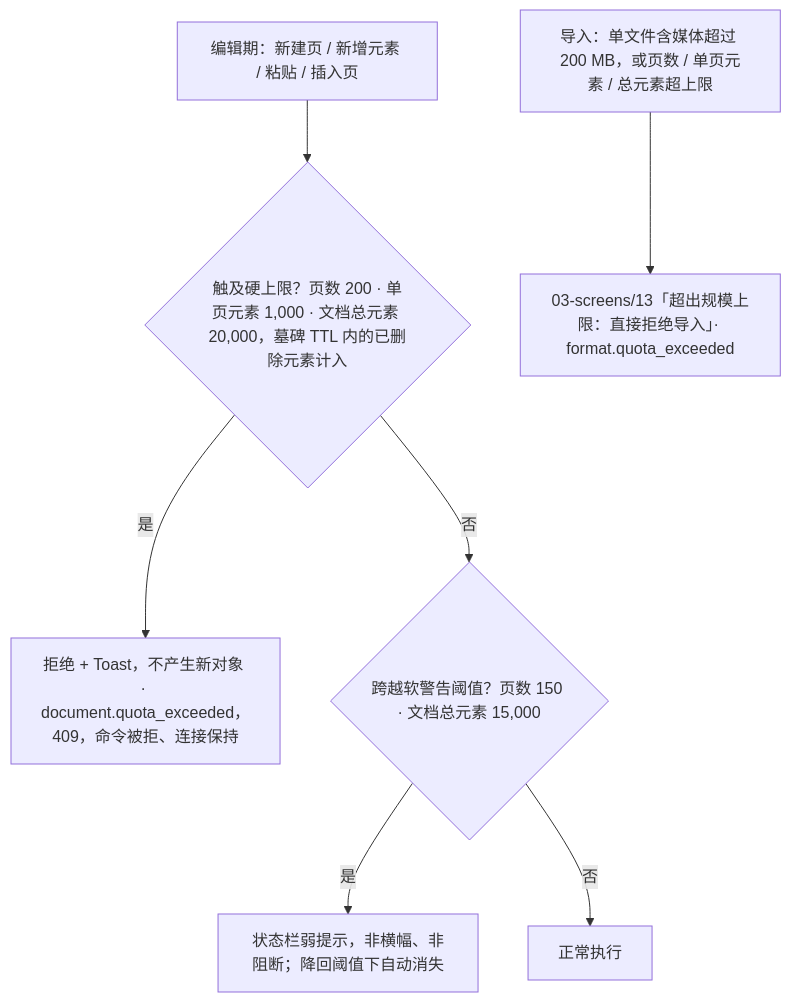
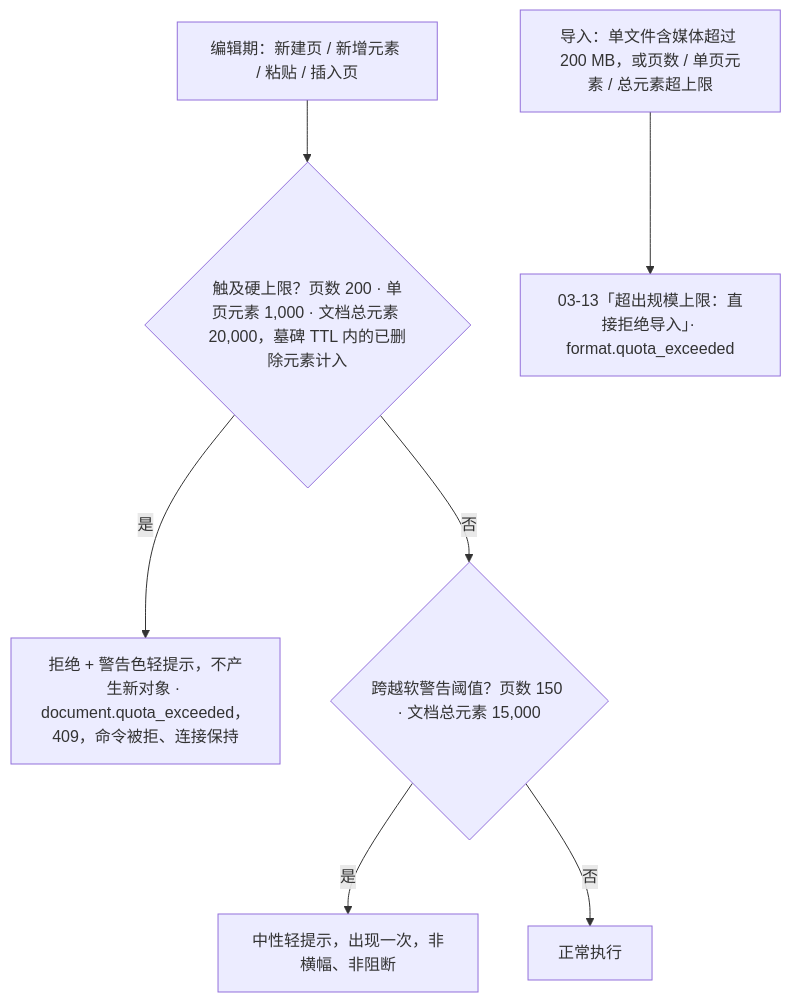
One commit to Xeonice/cordis-ppt-editor changed the fourth of 4 diagrams in docs/20-design/03-screens/12-offline-conflict-banner.md. Above: the diagram before and after it, drawn with Mermaid. The commit also changed other lines of this file and 44 other files, not shown here.

````diff
--- a/docs/20-design/03-screens/12-offline-conflict-banner.md
+++ b/docs/20-design/03-screens/12-offline-conflict-banner.md
@@ -267,17 +642,17 @@
 ```mermaid
 flowchart TB
   qEdit["编辑期：新建页 / 新增元素 / 粘贴 / 插入页"]
   qHard{"触及硬上限？页数 200 · 单页元素 1,000 · 文档总元素 20,000，墓碑 TTL 内的已删除元素计入"}
-  qReject["拒绝 + Toast，不产生新对象 · document.quota_exceeded，409，命令被拒、连接保持"]
+  qReject["拒绝 + 警告色轻提示，不产生新对象 · document.quota_exceeded，409，命令被拒、连接保持"]
   qSoft{"跨越软警告阈值？页数 150 · 文档总元素 15,000"}
-  qWarn["状态栏弱提示，非横幅、非阻断；降回阈值下自动消失"]
+  qWarn["中性轻提示，出现一次，非横幅、非阻断"]
   qOk["正常执行"]
   qImport["导入：单文件含媒体超过 200 MB，或页数 / 单页元素 / 总元素超上限"]
-  qImpErr["03-screens/13「超出规模上限：直接拒绝导入」· format.quota_exceeded"]
+  qImpErr["03-13「超出规模上限：直接拒绝导入」· format.quota_exceeded"]
   qEdit --> qHard
   qHard -->|"是"| qReject
   qHard -->|"否"| qSoft
   qSoft -->|"是"| qWarn
   qSoft -->|"否"| qOk
   qImport --> qImpErr
 ```
````
